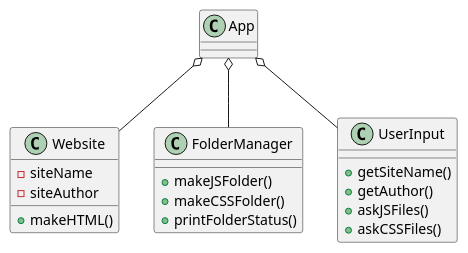
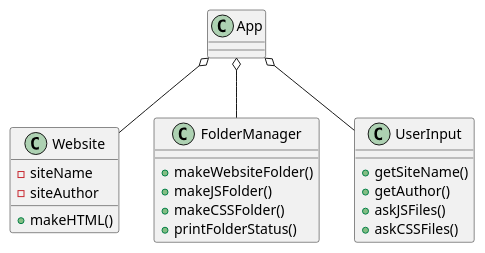
Before and after one commit to kingraham228/Ingraham-cop3330-assignment3: the diagram in src/main/java/ex43/WebsiteGenerator.puml, drawn with PlantUML. The commit also changed 3 other files, not shown here.

```diff
--- a/src/main/java/ex43/WebsiteGenerator.puml
+++ b/src/main/java/ex43/WebsiteGenerator.puml
@@ -1,28 +1,29 @@
 @startuml
 class App{
 
 }
 
 class Website{
 - siteName
 - siteAuthor
 +makeHTML()
 }
 
 class FolderManager{
++makeWebsiteFolder()
 +makeJSFolder()
 +makeCSSFolder()
 +printFolderStatus()
 }
 
 class UserInput{
 +getSiteName()
 +getAuthor()
 +askJSFiles()
 +askCSSFiles()
 }
 
 App o-- UserInput
 App o-- FolderManager
 App o-- Website
 @enduml
```
